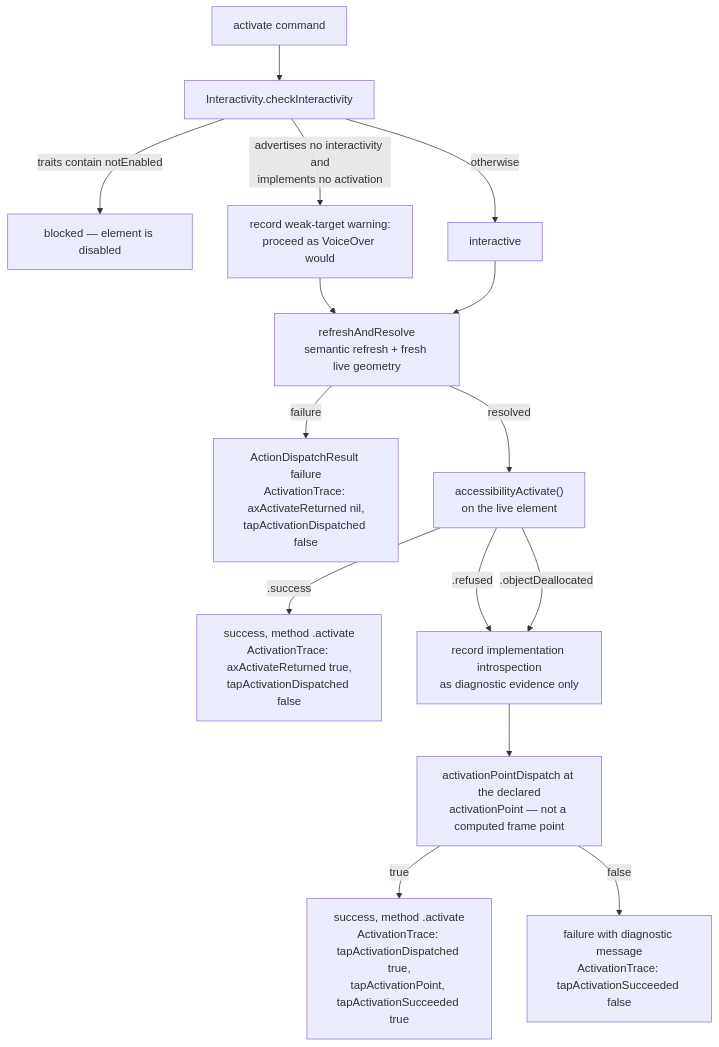
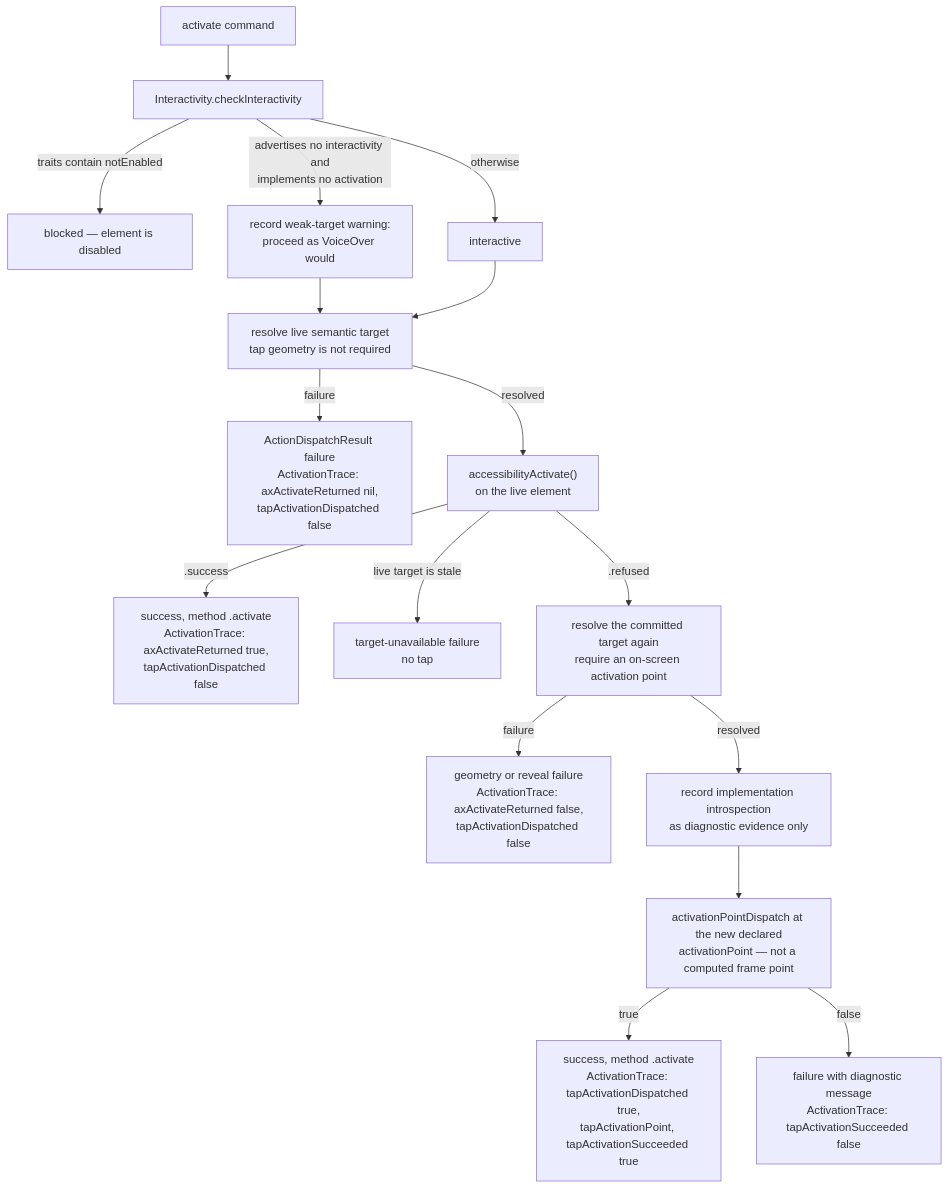
The diagram in docs/diagrams/activation-policy.md (RoyalPineapple/TheButtonHeist), drawn with Mermaid before and after one commit. The commit also changed other lines of this file and 12 other files, not shown here.

Commit message:
Run semantic activation before geometry fallback (#1432)

````diff
--- a/docs/diagrams/activation-policy.md
+++ b/docs/diagrams/activation-policy.md
@@ -8,17 +10,19 @@
 ```mermaid
 flowchart TD
     START["activate command"] --> CHECK["Interactivity.checkInteractivity"]
     CHECK -- "traits contain notEnabled" --> BLOCKED["blocked — element is disabled"]
     CHECK -- "advertises no interactivity and<br/>implements no activation" --> WARN["record weak-target warning:<br/>proceed as VoiceOver would"]
     CHECK -- "otherwise" --> PROCEED["interactive"]
-    WARN --> REFRESH
-    PROCEED --> REFRESH["refreshAndResolve<br/>semantic refresh + fresh live geometry"]
-    REFRESH -- "failure" --> FAIL1["ActionDispatchResult failure<br/>ActivationTrace: axActivateReturned nil,<br/>tapActivationDispatched false"]
-    REFRESH -- "resolved" --> AXACT["accessibilityActivate()<br/>on the live element"]
+    WARN --> SEMANTIC
+    PROCEED --> SEMANTIC["resolve live semantic target<br/>tap geometry is not required"]
+    SEMANTIC -- "failure" --> FAIL1["ActionDispatchResult failure<br/>ActivationTrace: axActivateReturned nil,<br/>tapActivationDispatched false"]
+    SEMANTIC -- "resolved" --> AXACT["accessibilityActivate()<br/>on the live element"]
     AXACT -- ".success" --> OK1["success, method .activate<br/>ActivationTrace: axActivateReturned true,<br/>tapActivationDispatched false"]
-    AXACT -- ".refused" --> DIAG["record implementation introspection<br/>as diagnostic evidence only"]
-    AXACT -- ".objectDeallocated" --> DIAG
-    DIAG --> TAP["activationPointDispatch at the declared<br/>activationPoint — not a computed frame point"]
+    AXACT -- "live target is stale" --> STALE["target-unavailable failure<br/>no tap"]
+    AXACT -- ".refused" --> FALLBACK["resolve the committed target again<br/>require an on-screen activation point"]
+    FALLBACK -- "failure" --> FAIL2["geometry or reveal failure<br/>ActivationTrace: axActivateReturned false,<br/>tapActivationDispatched false"]
+    FALLBACK -- "resolved" --> DIAG["record implementation introspection<br/>as diagnostic evidence only"]
+    DIAG --> TAP["activationPointDispatch at the new declared<br/>activationPoint — not a computed frame point"]
     TAP -- "true" --> OK2["success, method .activate<br/>ActivationTrace: tapActivationDispatched true,<br/>tapActivationPoint, tapActivationSucceeded true"]
-    TAP -- "false" --> FAIL2["failure with diagnostic message<br/>ActivationTrace: tapActivationSucceeded false"]
+    TAP -- "false" --> FAIL3["failure with diagnostic message<br/>ActivationTrace: tapActivationSucceeded false"]
 ```
````
